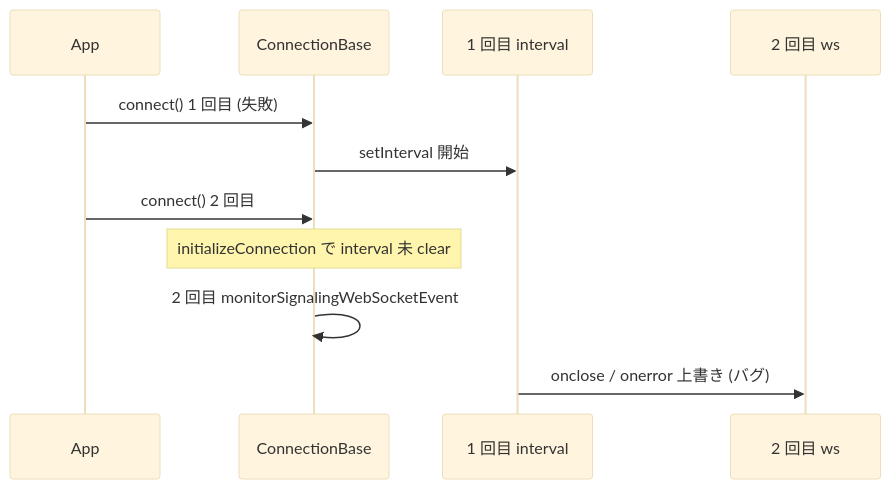
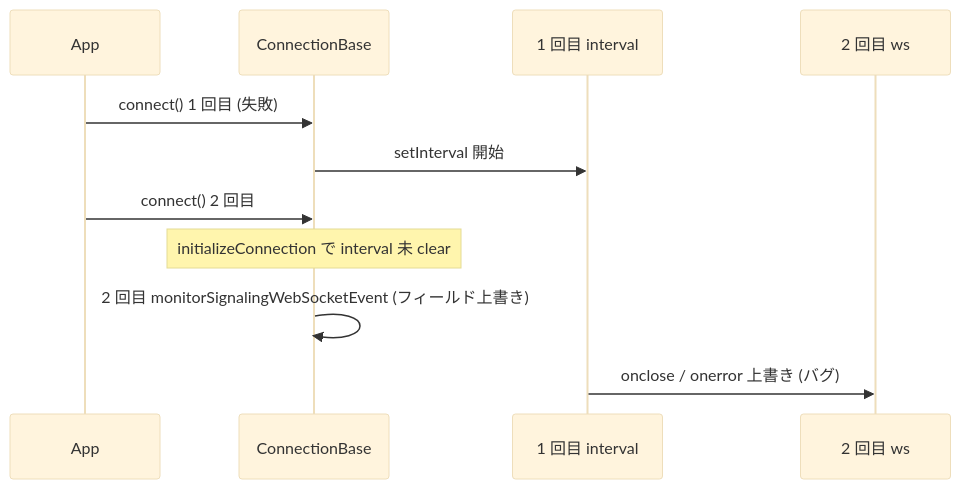
Before and after one commit to shiguredo/sora-js-sdk: the diagram in issues/0011-bug-fix-monitor-signaling-ws-event-interval-orphan.md, drawn with Mermaid (base theme). The commit also changed other lines of this file and 33 other files, not shown here.

````diff
--- a/issues/0011-bug-fix-monitor-signaling-ws-event-interval-orphan.md
+++ b/issues/0011-bug-fix-monitor-signaling-ws-event-interval-orphan.md
@@ -24,14 +32,14 @@
 ```mermaid
 sequenceDiagram
     participant App
     participant SDK as ConnectionBase
     participant T1 as 1 回目 interval
     participant WS2 as 2 回目 ws
 
     App->>SDK: connect() 1 回目 (失敗)
     SDK->>T1: setInterval 開始
     App->>SDK: connect() 2 回目
     Note over SDK: initializeConnection で interval 未 clear
-    SDK->>SDK: 2 回目 monitorSignalingWebSocketEvent
+    SDK->>SDK: 2 回目 monitorSignalingWebSocketEvent (フィールド上書き)
     T1->>WS2: onclose / onerror 上書き (バグ)
 ```
````
